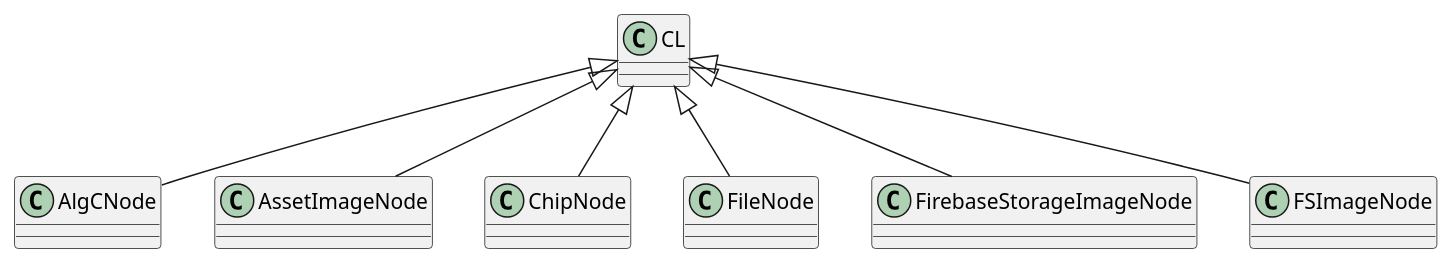
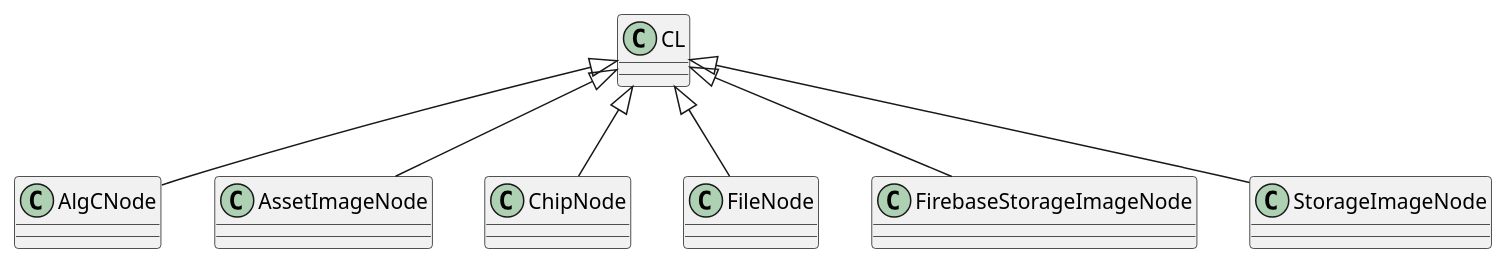
The diagram in lib/src/snippet/snodes/cl-nodes-1.puml (biancashouse/flutter_content), drawn with PlantUML before and after one commit. The commit also changed 61 other files, not shown here.

```diff
--- a/lib/src/snippet/snodes/cl-nodes-1.puml
+++ b/lib/src/snippet/snodes/cl-nodes-1.puml
@@ -1,12 +1,12 @@
 @startuml
 
 skinparam groupInheritance 99
 
 class AlgCNode extends CL
 class AssetImageNode extends CL
 class ChipNode extends CL
 class FileNode extends CL
 class FirebaseStorageImageNode extends CL
-class FSImageNode extends CL
+class StorageImageNode extends CL
 
 @enduml
```
